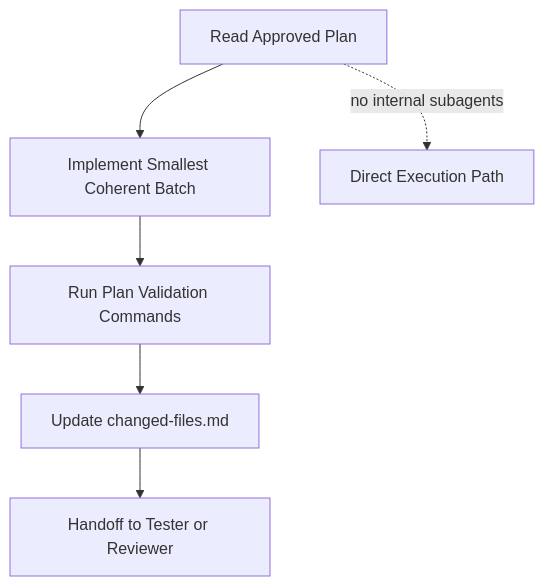
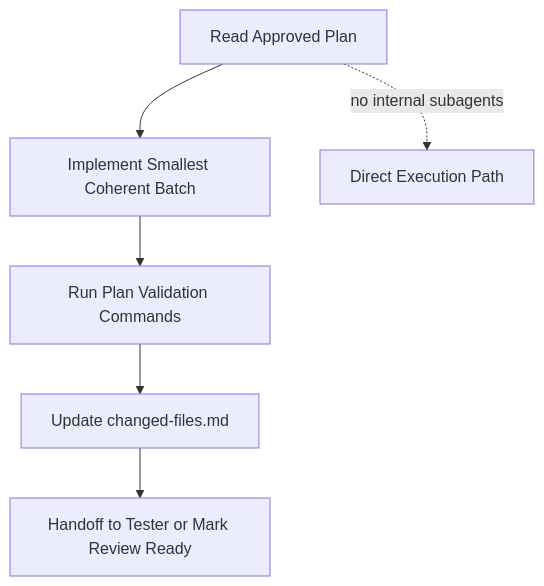
Before and after one commit to violabg/serviceDeskDemo: the third of 4 diagrams in docs/wiki/README.md, drawn with Mermaid. The commit also changed other lines of this file and 29 other files, not shown here.

````diff
--- a/docs/wiki/README.md
+++ b/docs/wiki/README.md
@@ -213,11 +214,11 @@
 ```mermaid
 flowchart TD
   I0[Read Approved Plan]
   I1[Implement Smallest Coherent Batch]
   I2[Run Plan Validation Commands]
   I3[Update changed-files.md]
-  I4[Handoff to Tester or Reviewer]
+  I4[Handoff to Tester or Mark Review Ready]
 
   I0 --> I1 --> I2 --> I3 --> I4
   I0 -. no internal subagents .-> I5[Direct Execution Path]
 ```
````
